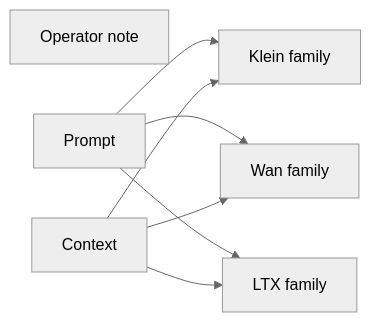
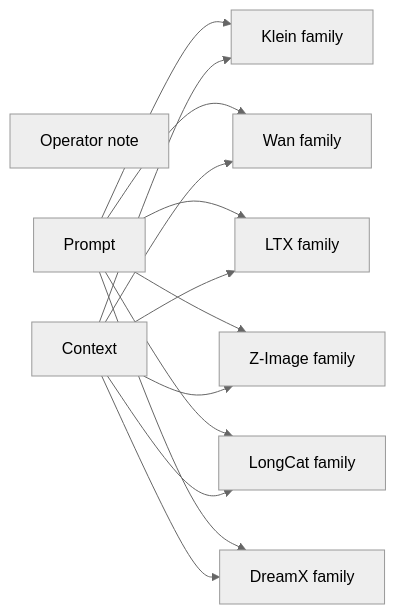
Before and after one commit to toxicoder/ez-comfy-stack: the diagram in docs/generated/workflows/inspire/prompt-forge.md, drawn with Mermaid (neutral theme). The commit also changed other lines of this file and 130 other files, not shown here.

````diff
--- a/docs/generated/workflows/inspire/prompt-forge.md
+++ b/docs/generated/workflows/inspire/prompt-forge.md
@@ -60,15 +62,24 @@
 ```mermaid
 flowchart LR
   N1["Operator note"]
   N5["Prompt"]
   N6["Context"]
   N2["Klein family"]
   N3["Wan family"]
   N4["LTX family"]
+  N7["Z-Image family"]
+  N8["LongCat family"]
+  N9["DreamX family"]
   N5 --> N2
   N5 --> N3
   N5 --> N4
+  N5 --> N7
+  N5 --> N8
+  N5 --> N9
   N6 --> N2
   N6 --> N3
   N6 --> N4
+  N6 --> N7
+  N6 --> N8
+  N6 --> N9
 ```
````
